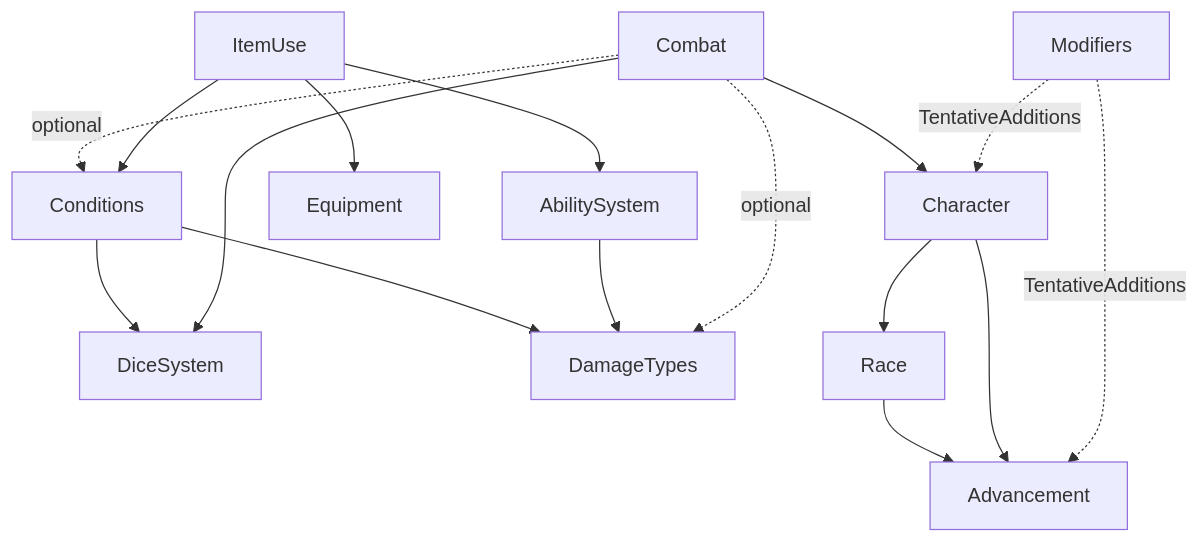
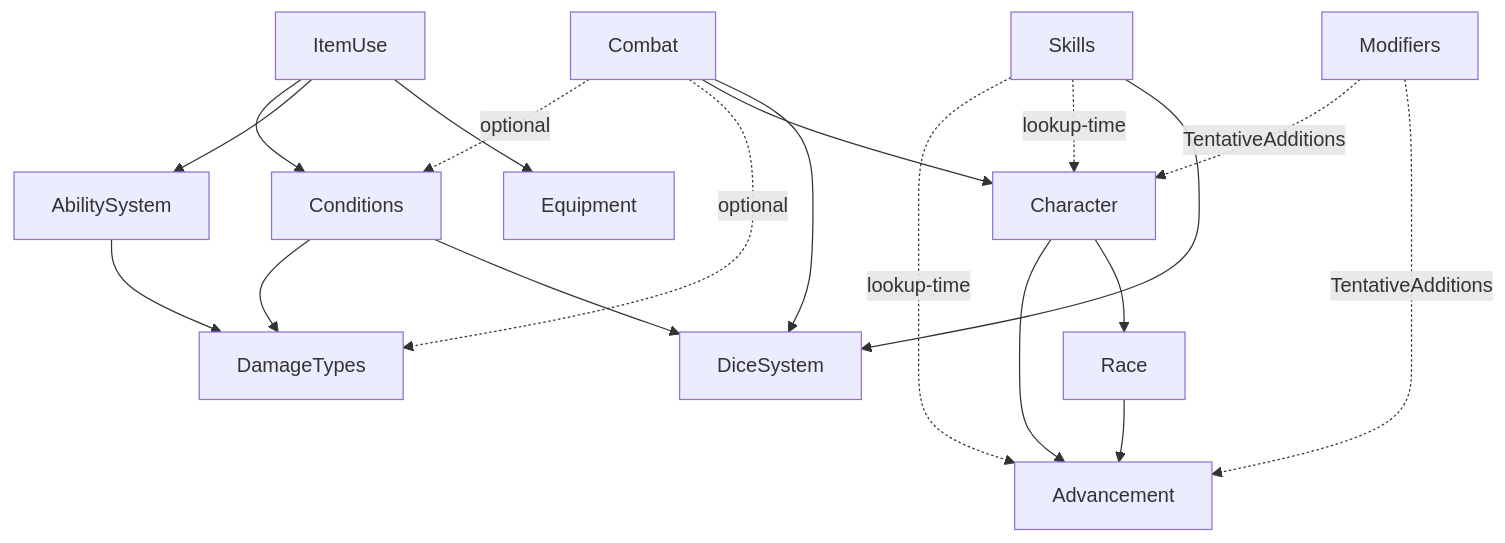
Before and after one commit to dividetask/crimson-steel: the diagram in docs/architecture-part-1.md, drawn with Mermaid. The commit also changed other lines of this file and 13 other files, not shown here.

````diff
--- a/docs/architecture-part-1.md
+++ b/docs/architecture-part-1.md
@@ -41,30 +40,34 @@
 ```mermaid
 graph TD
   Dice[DiceSystem]
   DT[DamageTypes]
   Conds[Conditions]
   Abil[AbilitySystem]
   Eq[Equipment]
   Race[Race]
   Adv[Advancement]
   Char[Character]
+  Skills[Skills]
   Combat[Combat]
   ItemUse[ItemUse]
   Mod[Modifiers]
 
   Conds --> Dice
   Conds --> DT
   Abil  --> DT
   Race  --> Adv
   Char  --> Race
   Char  --> Adv
+  Skills --> Dice
+  Skills -.lookup-time.-> Char
+  Skills -.lookup-time.-> Adv
   Combat --> Dice
   Combat --> Char
   Combat -.optional.-> DT
   Combat -.optional.-> Conds
   ItemUse --> Eq
   ItemUse --> Abil
   ItemUse --> Conds
   Mod -.TentativeAdditions.-> Adv
   Mod -.TentativeAdditions.-> Char
 ```
````
